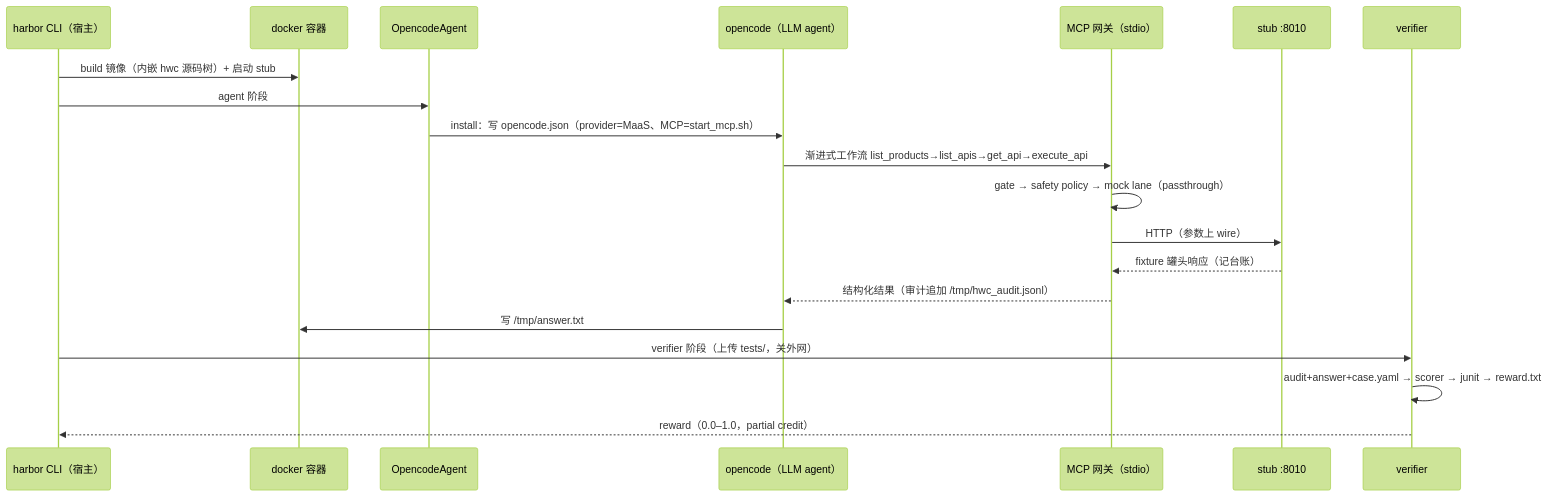
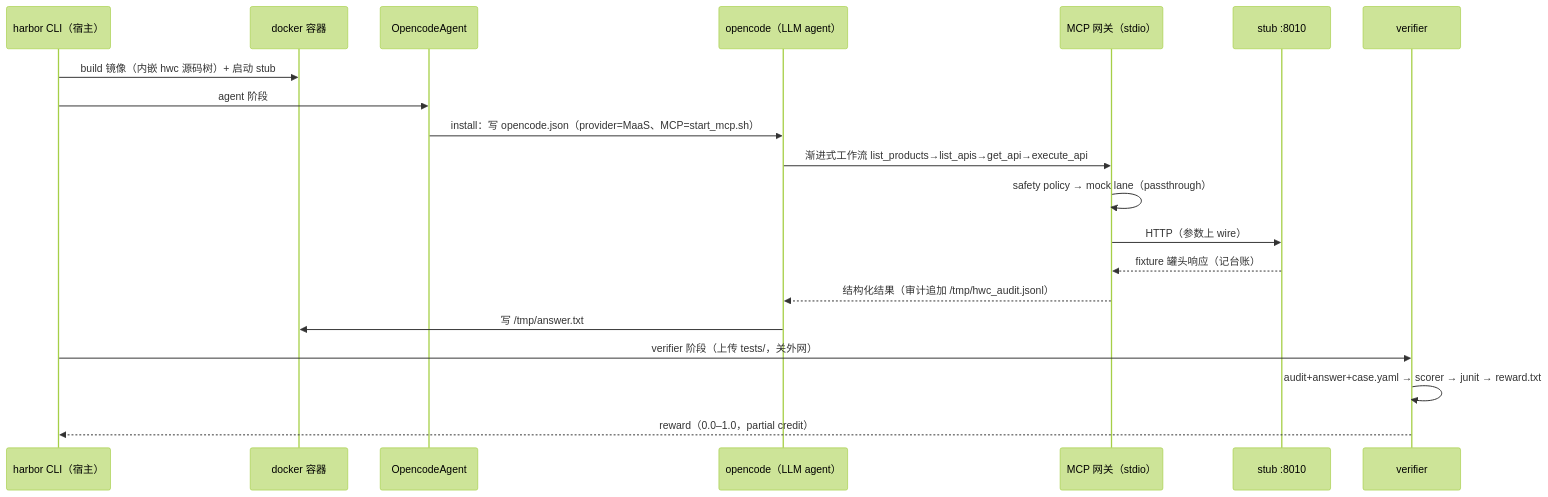
One commit to huaweicloud-mate/huaweicloud-open-mcp changed the second of 2 diagrams in docs/harbor-arch.md. Above: the diagram before and after it, drawn with Mermaid (forest theme). The commit also changed 23 other files, not shown here.

````diff
--- a/docs/harbor-arch.md
+++ b/docs/harbor-arch.md
@@ -71,23 +71,23 @@
 ```mermaid
 sequenceDiagram
     participant H as harbor CLI（宿主）
     participant D as docker 容器
     participant A as OpencodeAgent
     participant O as opencode（LLM agent）
     participant M as MCP 网关（stdio）
     participant S as stub :8010
     participant V as verifier
 
     H->>D: build 镜像（内嵌 hwc 源码树）+ 启动 stub
     H->>A: agent 阶段
     A->>O: install：写 opencode.json（provider=MaaS、MCP=start_mcp.sh）
     O->>M: 渐进式工作流 list_products→list_apis→get_api→execute_api
-    M->>M: gate → safety policy → mock lane（passthrough）
+    M->>M: safety policy → mock lane（passthrough）
     M->>S: HTTP（参数上 wire）
     S-->>M: fixture 罐头响应（记台账）
     M-->>O: 结构化结果（审计追加 /tmp/hwc_audit.jsonl）
     O->>D: 写 /tmp/answer.txt
     H->>V: verifier 阶段（上传 tests/，关外网）
     V->>V: audit+answer+case.yaml → scorer → junit → reward.txt
     V-->>H: reward（0.0–1.0，partial credit）
 ```
````
